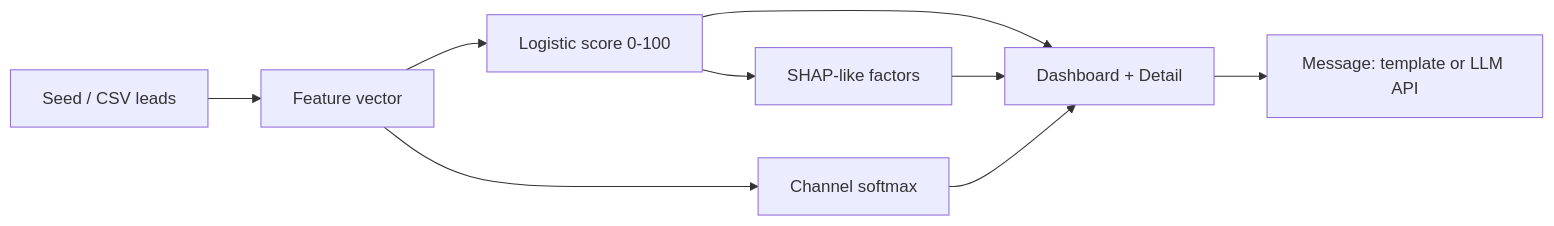
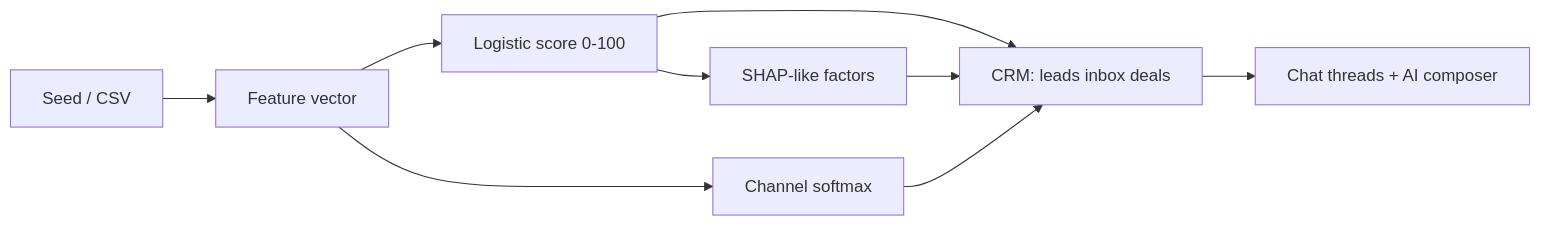
Before and after one commit to ndolinschi/leadpilot: the diagram in README.md, drawn with Mermaid. The commit also changed other lines of this file and 28 other files, not shown here.

First line of the commit message:
Ship full CRM MVP with inbox, chats, deals, and ML scoring

````diff
--- a/README.md
+++ b/README.md
@@ -49,11 +60,11 @@
 ```mermaid
 flowchart LR
-  A[Seed / CSV leads] --> B[Feature vector]
+  A[Seed / CSV] --> B[Feature vector]
   B --> C[Logistic score 0-100]
   B --> D[Channel softmax]
-  C --> E[Dashboard + Detail]
+  C --> E[CRM: leads inbox deals]
   D --> E
-  E --> F[Message: template or LLM API]
+  E --> F[Chat threads + AI composer]
   C --> G[SHAP-like factors]
   G --> E
 ```
````
